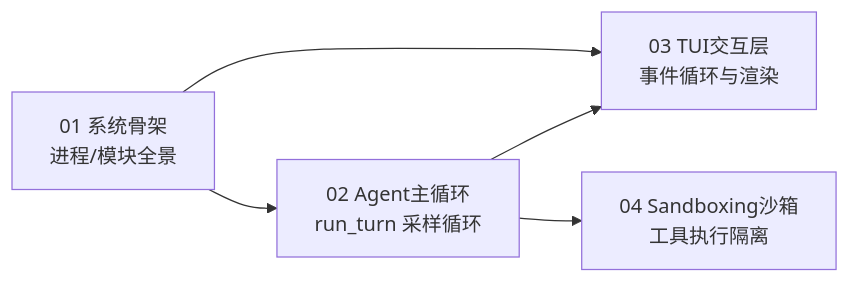
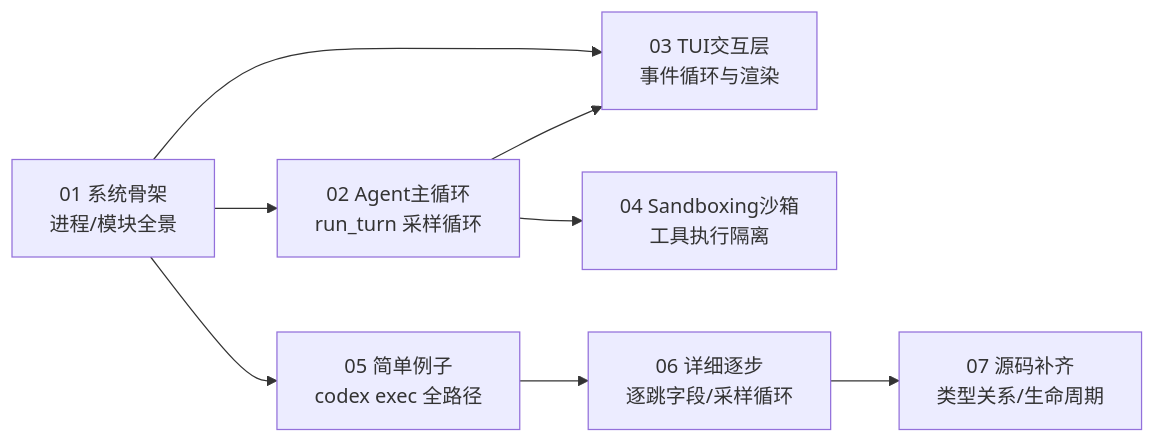
The diagram in docs/sourceReader1/README.md (adrian9778/codex), drawn with Mermaid before and after one commit. The commit also changed other lines of this file and 3 other files, not shown here.

````diff
--- a/docs/sourceReader1/README.md
+++ b/docs/sourceReader1/README.md
@@ -18,7 +21,10 @@
 ```mermaid
 flowchart LR
     A["01 系统骨架<br/>进程/模块全景"] --> B["02 Agent主循环<br/>run_turn 采样循环"]
     A --> C["03 TUI交互层<br/>事件循环与渲染"]
     B --> C
     B --> D["04 Sandboxing沙箱<br/>工具执行隔离"]
+    A --> E["05 简单例子<br/>codex exec 全路径"]
+    E --> F["06 详细逐步<br/>逐跳字段/采样循环"]
+    F --> G["07 源码补齐<br/>类型关系/生命周期"]
 ```
````
